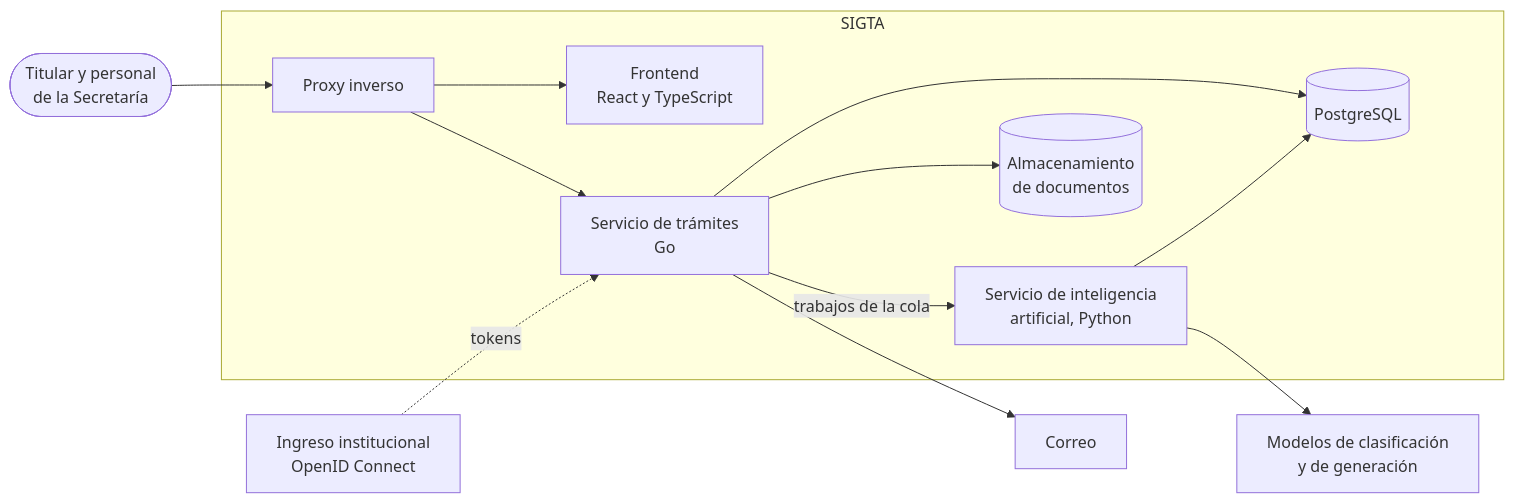
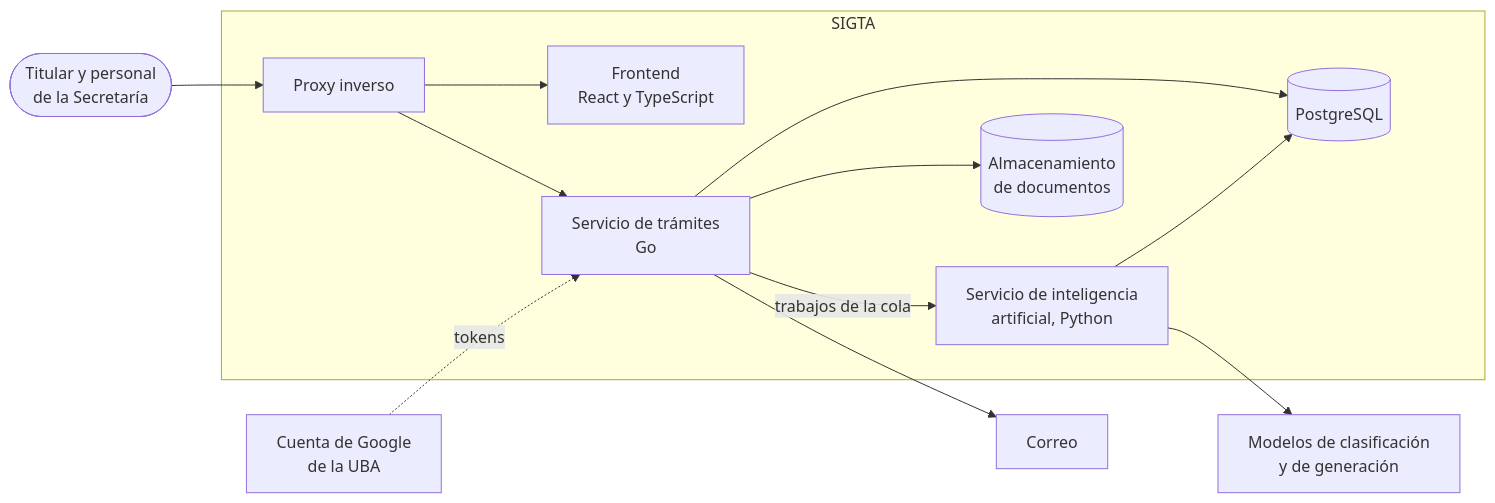
One commit to SIGTA-FIUBA/SIGTA changed the third of 6 diagrams in README.md. Above: the diagram before and after it, drawn with Mermaid. The commit also changed other lines of this file and 23 other files, not shown here.

````diff
--- a/README.md
+++ b/README.md
@@ -93,28 +93,28 @@
 ```mermaid
 flowchart LR
     U(["Titular y personal<br/>de la Secretaría"])
-    IDP["Ingreso institucional<br/>OpenID Connect"]
+    IDP["Cuenta de Google<br/>de la UBA"]
 
     subgraph SIGTA["SIGTA"]
         PX["Proxy inverso"]
         SPA["Frontend<br/>React y TypeScript"]
         CORE["Servicio de trámites<br/>Go"]
         AI["Servicio de inteligencia<br/>artificial, Python"]
         DB[("PostgreSQL")]
         DOC[("Almacenamiento<br/>de documentos")]
     end
 
     MOD["Modelos de clasificación<br/>y de generación"]
     SMTP["Correo"]
 
     U --> PX
     PX --> SPA
     PX --> CORE
     IDP -.->|tokens| CORE
     CORE --> DB
     CORE --> DOC
     CORE --> SMTP
     CORE -->|trabajos de la cola| AI
     AI --> DB
     AI --> MOD
 ```
````
